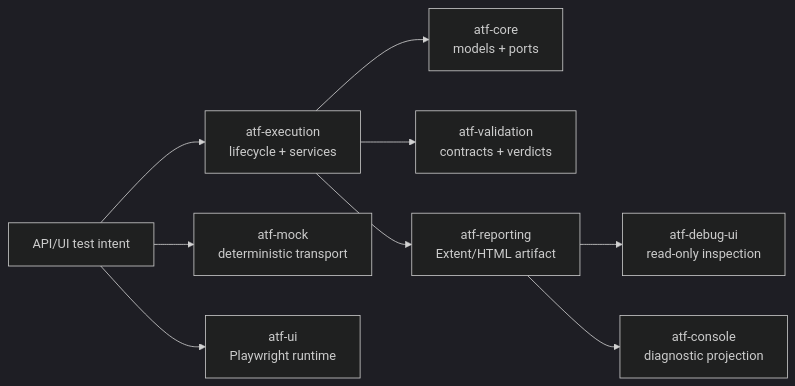
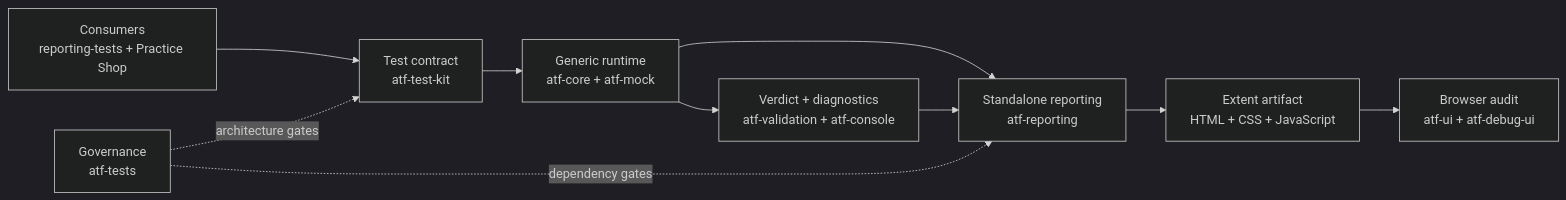
One commit to crististefanita/demo2 changed the first of 6 diagrams in README.md. Above: the diagram before and after it, drawn with Mermaid (dark theme). The commit also changed other lines of this file and 894 other files, not shown here.

Commit message:
Sync master with latest Java ATF project

````diff
--- a/README.md
+++ b/README.md
@@ -11,11 +22,21 @@
 ```mermaid
 flowchart LR
-    Test[API/UI test intent] --> Execution[atf-execution<br/>lifecycle + services]
-    Execution --> Core[atf-core<br/>models + ports]
-    Execution --> Validation[atf-validation<br/>contracts + verdicts]
-    Execution --> Reporting[atf-reporting<br/>Extent/HTML artifact]
-    Test --> Mock[atf-mock<br/>deterministic transport]
-    Test --> Ui[atf-ui<br/>Playwright runtime]
-    Reporting --> Debug[atf-debug-ui<br/>read-only inspection]
-    Reporting --> Console[atf-console<br/>diagnostic projection]
+    Consumers[Consumers<br/>reporting-tests + Practice Shop]
+    Contract[Test contract<br/>atf-test-kit]
+    Runtime[Generic runtime<br/>atf-core + atf-mock]
+    Verdict[Verdict + diagnostics<br/>atf-validation + atf-console]
+    Reporting[Standalone reporting<br/>atf-reporting]
+    Artifact[Extent artifact<br/>HTML + CSS + JavaScript]
+    Audit[Browser audit<br/>atf-ui + atf-debug-ui]
+    Governance[Governance<br/>atf-tests]
+
+    Consumers --> Contract
+    Contract --> Runtime
+    Runtime --> Reporting
+    Runtime --> Verdict
+    Verdict --> Reporting
+    Reporting --> Artifact
+    Artifact --> Audit
+    Governance -. architecture gates .-> Contract
+    Governance -. dependency gates .-> Reporting
 ```
````
